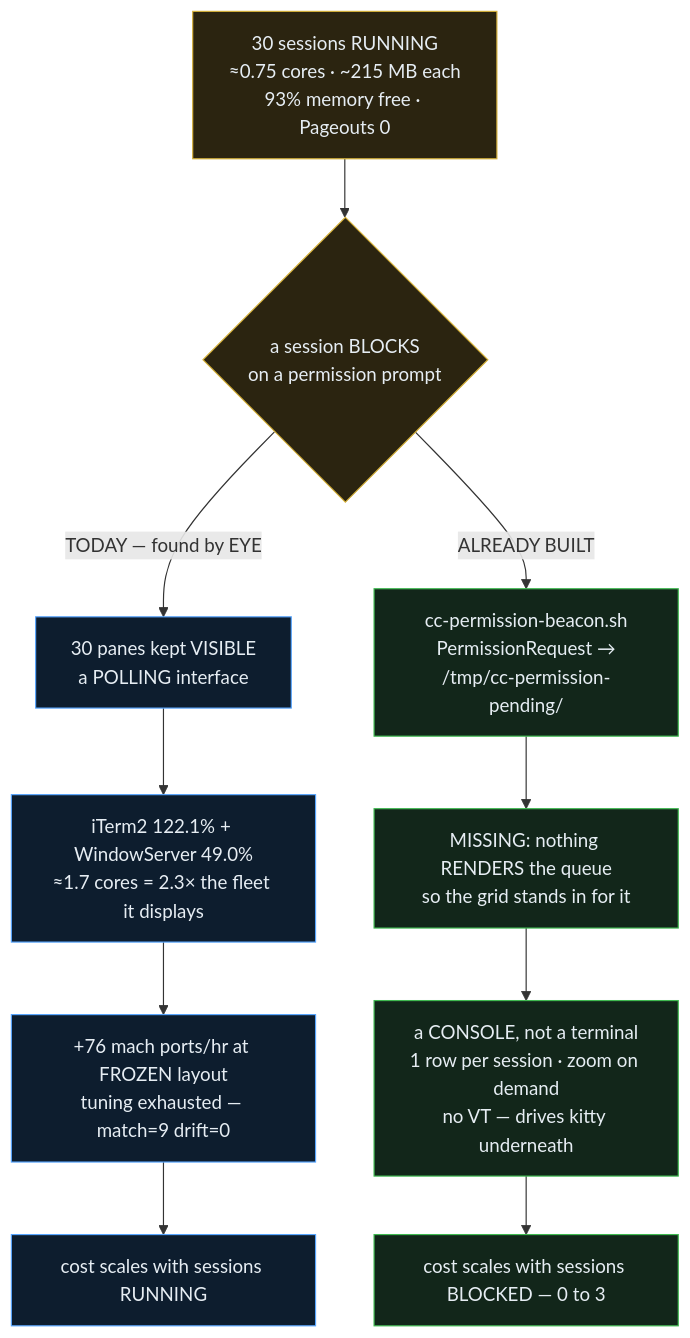
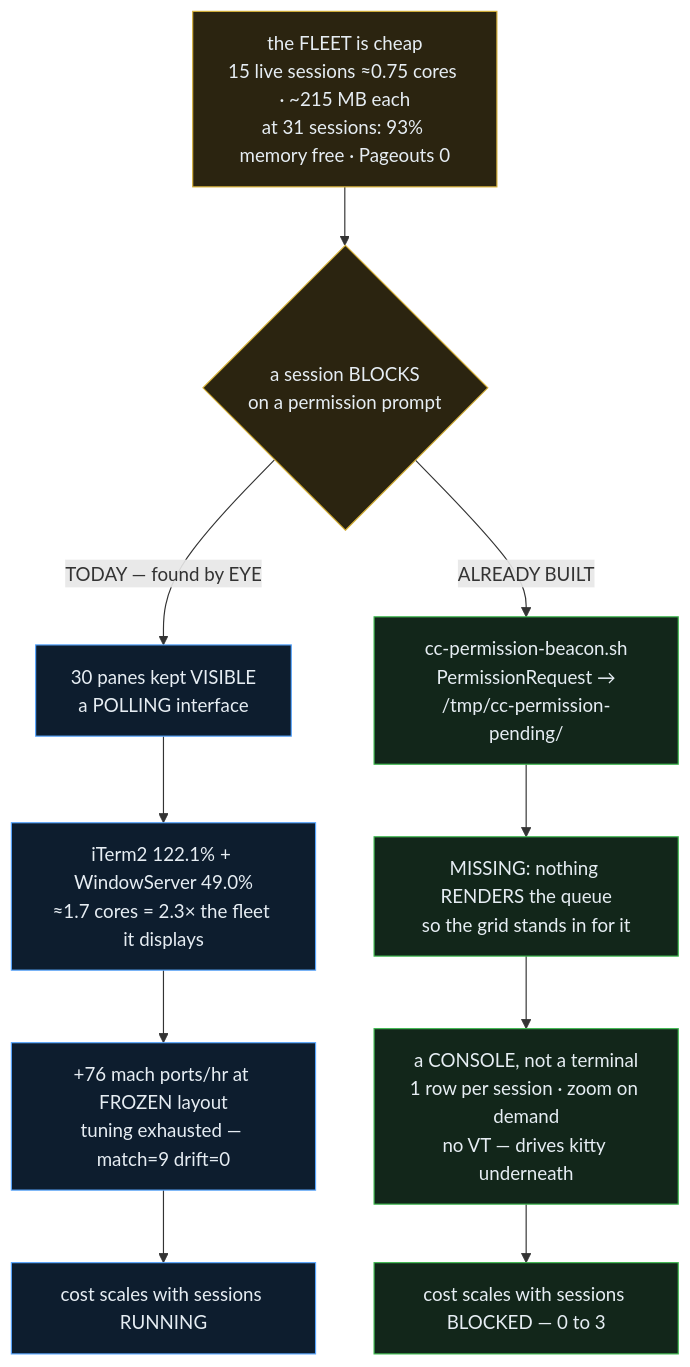
One commit to renchris/claude-infrastructure changed the fifth of 5 diagrams in README.md. Above: the diagram before and after it, drawn with Mermaid. The commit also changed other lines of this file and 12 other files, not shown here.

````diff
--- a/README.md
+++ b/README.md
@@ -448,24 +450,24 @@
 ```mermaid
 flowchart TB
-    Fleet["30 sessions RUNNING<br/>≈0.75 cores · ~215 MB each<br/>93% memory free · Pageouts 0"]
+    Fleet["the FLEET is cheap<br/>15 live sessions ≈0.75 cores · ~215 MB each<br/>at 31 sessions: 93% memory free · Pageouts 0"]
     Block{"a session BLOCKS<br/>on a permission prompt"}
     Fleet --> Block
 
     Block -->|"TODAY — found by EYE"| Poll["30 panes kept VISIBLE<br/>a POLLING interface"]
     Block -->|"ALREADY BUILT"| Beacon["cc-permission-beacon.sh<br/>PermissionRequest →<br/>/tmp/cc-permission-pending/"]
 
     Poll --> Cost["iTerm2 122.1% + WindowServer 49.0%<br/>≈1.7 cores = 2.3× the fleet it displays"]
     Cost --> Leak["+76 mach ports/hr at FROZEN layout<br/>tuning exhausted — match=9 drift=0"]
     Leak --> ScaleN["cost scales with sessions RUNNING"]
 
     Beacon --> Face["MISSING: nothing RENDERS the queue<br/>so the grid stands in for it"]
     Face --> Console["a CONSOLE, not a terminal<br/>1 row per session · zoom on demand<br/>no VT — drives kitty underneath"]
     Console --> ScaleB["cost scales with sessions BLOCKED — 0 to 3"]
 
     classDef k fill:#2b2410,stroke:#d4af37,color:#e6edf3
     classDef b fill:#0d1d2e,stroke:#58a6ff,color:#e6edf3
     classDef g fill:#12261a,stroke:#3fb950,color:#e6edf3
     class Block,Fleet k
     class Poll,Cost,Leak,ScaleN b
     class Beacon,Face,Console,ScaleB g
 ```
````
